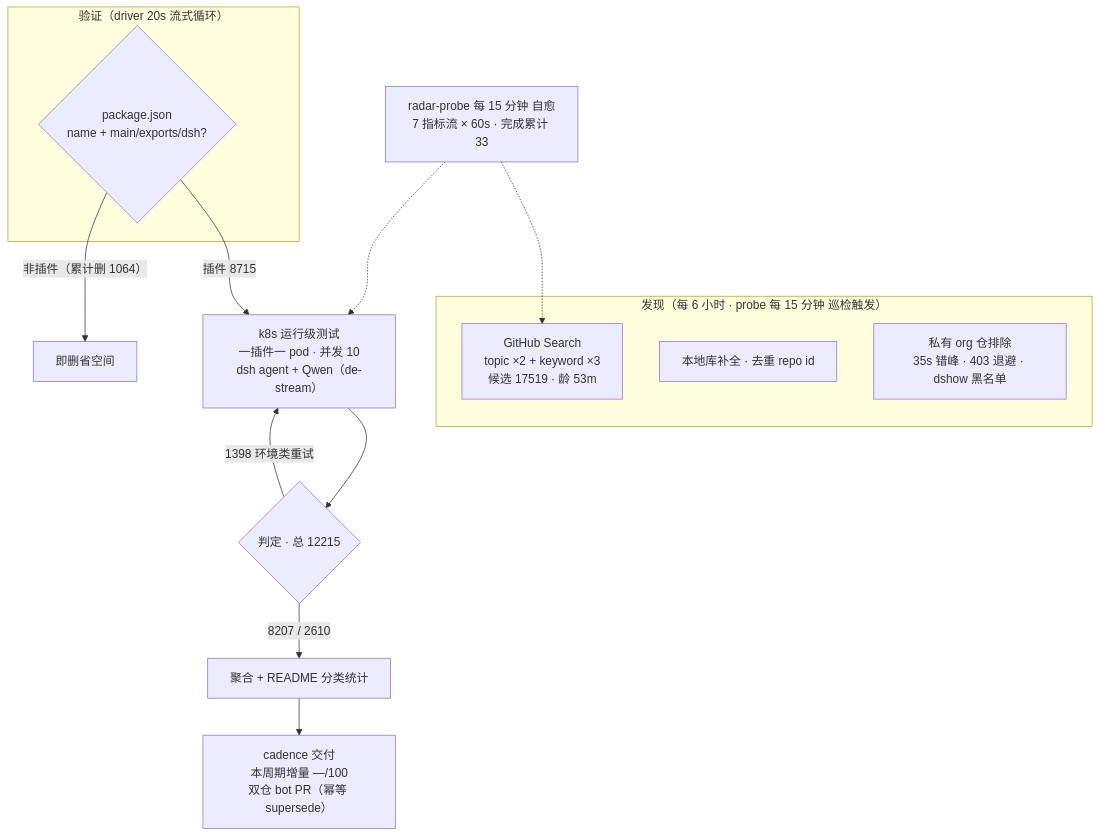
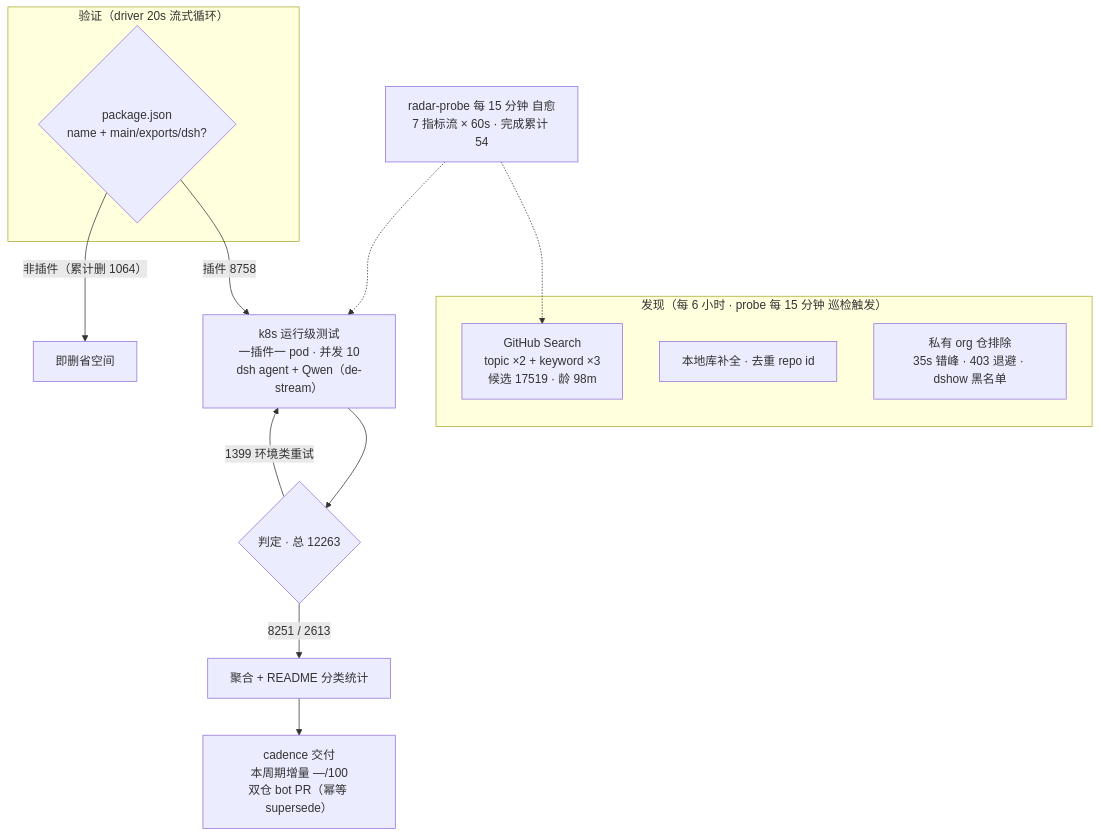
One commit to AdamPlatin123/awesome-dsh-plugins changed the diagram in README.md. Above: the diagram before and after it, drawn with Mermaid. The commit also changed other lines of this file and 5 other files, not shown here.

````diff
--- a/README.md
+++ b/README.md
@@ -52,20 +52,20 @@
 ```mermaid
 flowchart TB
     subgraph Discovery["发现（每 6 小时 · probe 每 15 分钟 巡检触发）"]
-        A1["GitHub Search<br/>topic ×2 + keyword ×3<br/>候选 17519 · 龄 53m"]
+        A1["GitHub Search<br/>topic ×2 + keyword ×3<br/>候选 17519 · 龄 98m"]
         A2["本地库补全 · 去重 repo id"]
         A3["私有 org 仓排除<br/>35s 错峰 · 403 退避 · dshow 黑名单"]
     end
     subgraph Validation["验证（driver 20s 流式循环）"]
         B1{"package.json<br/>name + main/exports/dsh?"}
     end
-    B1 -->|"插件 8715"| C1["k8s 运行级测试<br/>一插件一 pod · 并发 10<br/>dsh agent + Qwen（de-stream）"]
+    B1 -->|"插件 8758"| C1["k8s 运行级测试<br/>一插件一 pod · 并发 10<br/>dsh agent + Qwen（de-stream）"]
     B1 -->|"非插件（累计删 1064）"| B3["即删省空间"]
-    C1 --> D1{"判定 · 总 12215"}
-    D1 -->|"8207 / 2610"| E1["聚合 + README 分类统计"]
-    D1 -->|"1398 环境类重试"| C1
+    C1 --> D1{"判定 · 总 12263"}
+    D1 -->|"8251 / 2613"| E1["聚合 + README 分类统计"]
+    D1 -->|"1399 环境类重试"| C1
     E1 --> E2["cadence 交付<br/>本周期增量 —/100<br/>双仓 bot PR（幂等 supersede）"]
-    M["radar-probe 每 15 分钟 自愈<br/>7 指标流 × 60s · 完成累计 33"]
+    M["radar-probe 每 15 分钟 自愈<br/>7 指标流 × 60s · 完成累计 54"]
     M -.-> A1
     M -.-> C1
 ```
````
